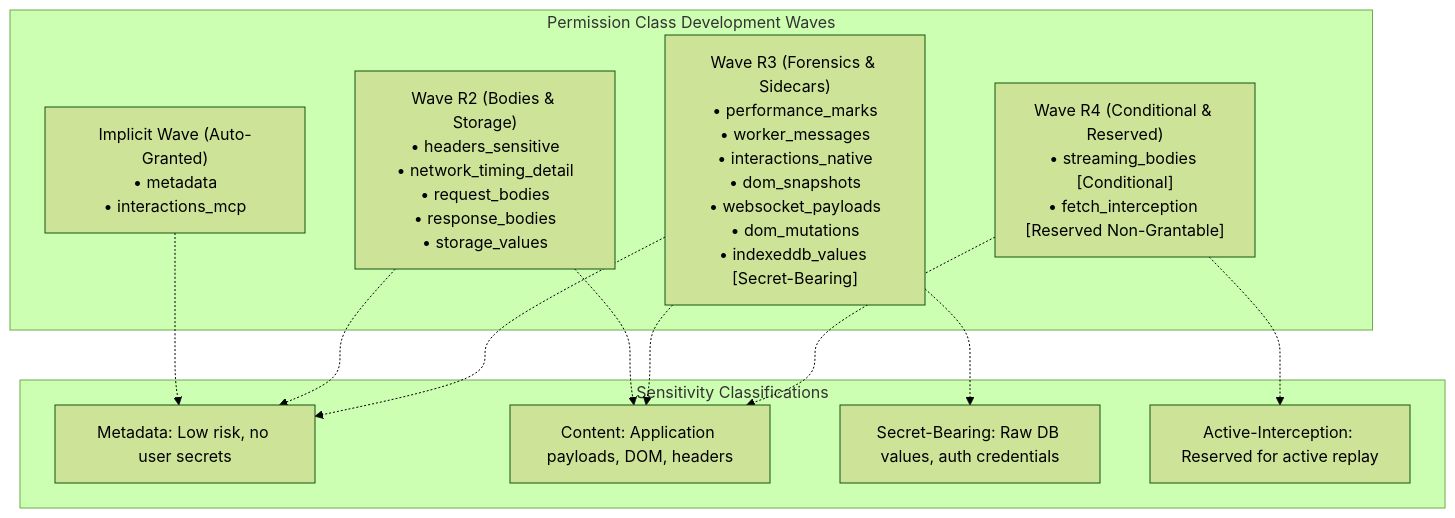
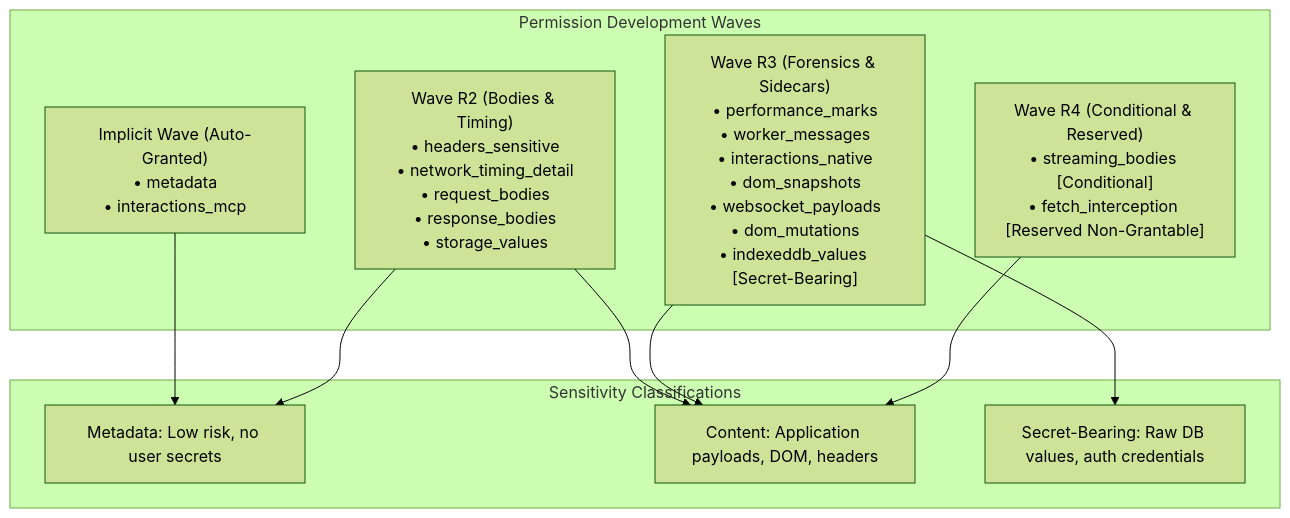
The diagram in docs/core-features/session-recording/streams-and-permission-classes/README.md (joelaniol/nova), drawn with Mermaid (forest theme) before and after one commit. The commit also changed other lines of this file and 128 other files, not shown here.

````diff
--- a/docs/core-features/session-recording/streams-and-permission-classes/README.md
+++ b/docs/core-features/session-recording/streams-and-permission-classes/README.md
@@ -38,25 +59,22 @@
 ```mermaid
 flowchart TD
-    subgraph Waves ["Permission Class Development Waves"]
+    subgraph Waves ["Permission Development Waves"]
         WImplicit["Implicit Wave (Auto-Granted)<br/>• metadata<br/>• interactions_mcp"]
-        WR2["Wave R2 (Bodies & Storage)<br/>• headers_sensitive<br/>• network_timing_detail<br/>• request_bodies<br/>• response_bodies<br/>• storage_values"]
+        WR2["Wave R2 (Bodies & Timing)<br/>• headers_sensitive<br/>• network_timing_detail<br/>• request_bodies<br/>• response_bodies<br/>• storage_values"]
         WR3["Wave R3 (Forensics & Sidecars)<br/>• performance_marks<br/>• worker_messages<br/>• interactions_native<br/>• dom_snapshots<br/>• websocket_payloads<br/>• dom_mutations<br/>• indexeddb_values [Secret-Bearing]"]
         WR4["Wave R4 (Conditional & Reserved)<br/>• streaming_bodies [Conditional]<br/>• fetch_interception [Reserved Non-Grantable]"]
     end
 
     subgraph SensitivityTiers ["Sensitivity Classifications"]
         S1["Metadata: Low risk, no user secrets"]
         S2["Content: Application payloads, DOM, headers"]
         S3["Secret-Bearing: Raw DB values, auth credentials"]
-        S4["Active-Interception: Reserved for active replay"]
     end
 
-    WImplicit -.-> S1
-    WR2 -.-> S1
-    WR2 -.-> S2
-    WR3 -.-> S1
-    WR3 -.-> S2
-    WR3 -.-> S3
-    WR4 -.-> S2
-    WR4 -.-> S4
+    WImplicit --> S1
+    WR2 --> S1
+    WR2 --> S2
+    WR3 --> S2
+    WR3 --> S3
+    WR4 --> S2
 ```
````
